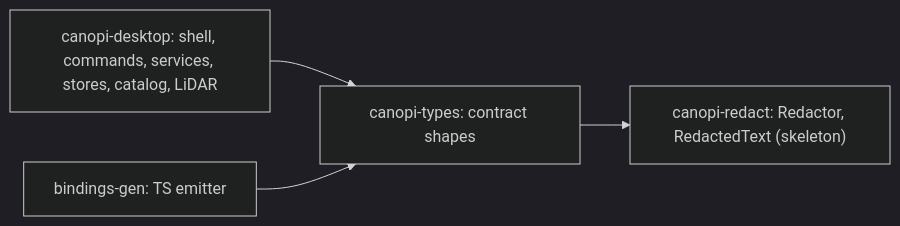
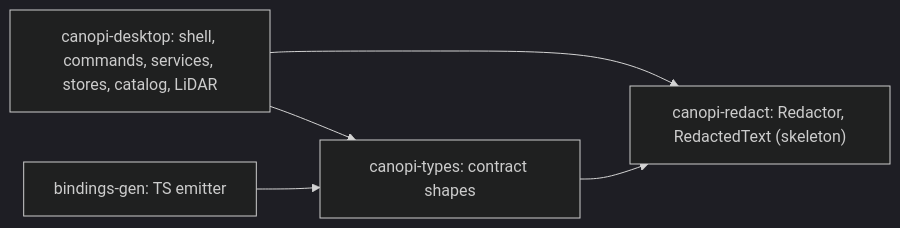
The sixth of 8 diagrams in docs/architecture/components.md (opencanopi/canopi), drawn with Mermaid (dark theme) before and after one commit. The commit also changed 1 other file, not shown here.

Commit message:
docs: the Rust crates diagram draws canopi-desktop's canopi-redact edge, and ipc/dialogs.ts names its role as owner of the dialog pick outcome (2.1-Q212, 2.1-M268; canopi-f47t.52.35)
The docs check was red on this branch: 7ead37119 made canopi-desktop
depend on canopi-redact without drawing the edge, and ipc/dialogs.ts
lacked the owner header that e4365a25c adds on wt/phase-1. The header is
byte-identical to e4365a25c, so the two merge cleanly.

````diff
--- a/docs/architecture/components.md
+++ b/docs/architecture/components.md
@@ -247,10 +247,11 @@
 ```mermaid
 flowchart LR
   canopi_desktop["canopi-desktop: shell, commands, services, stores, catalog, LiDAR"]
   canopi_types["canopi-types: contract shapes"]
   canopi_redact["canopi-redact: Redactor, RedactedText (skeleton)"]
   bindings_gen["bindings-gen: TS emitter"]
   canopi_desktop --> canopi_types
+  canopi_desktop --> canopi_redact
   canopi_types --> canopi_redact
   bindings_gen --> canopi_types
 ```
````
